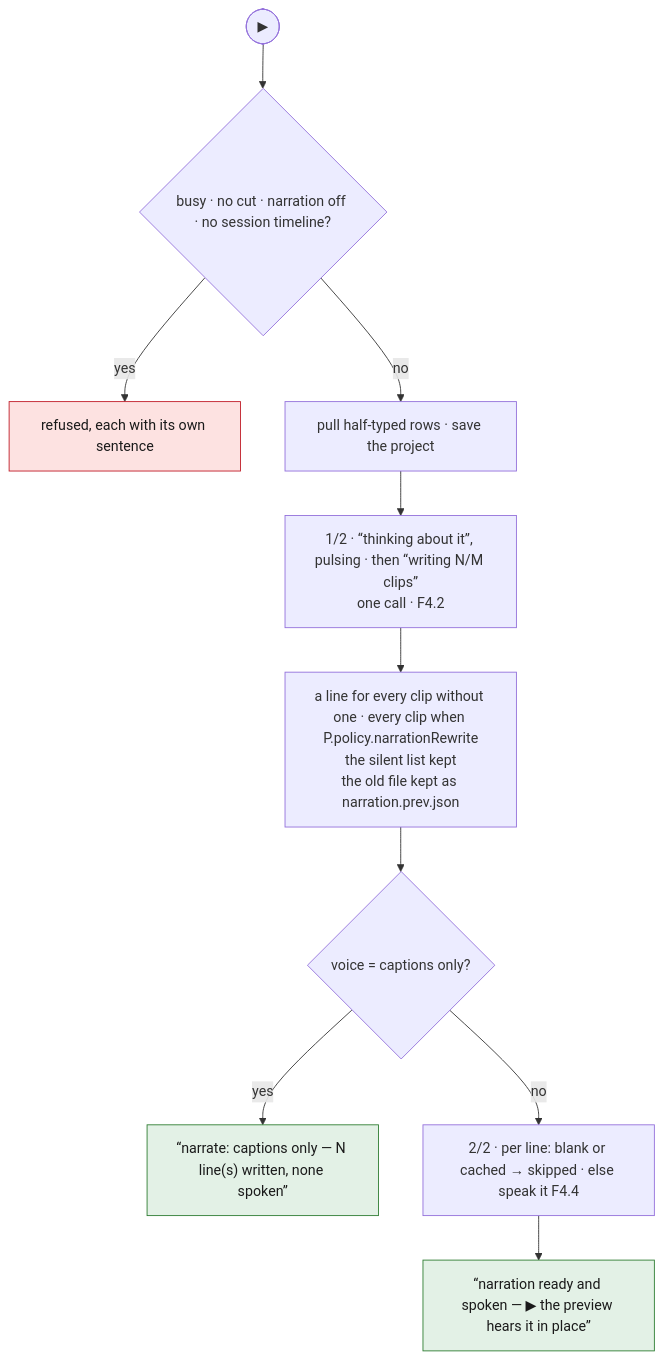
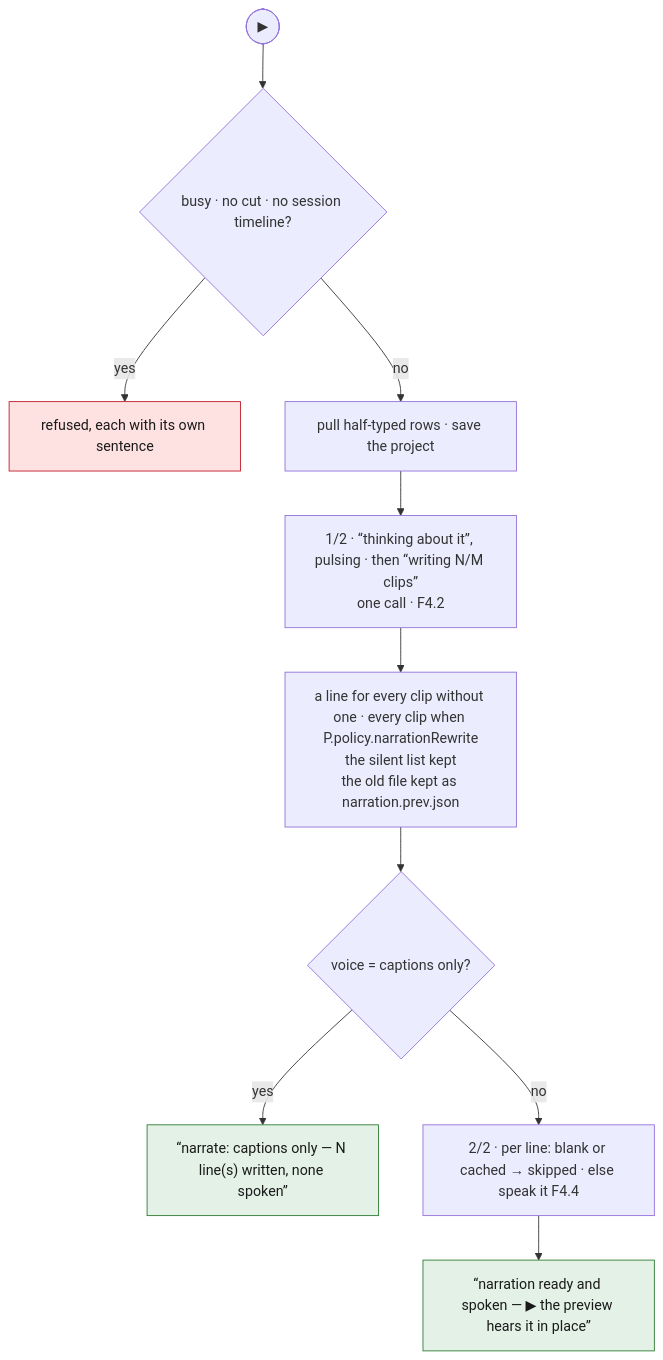
The first of 7 diagrams in spec/07-narrate.md (tbocek/naivepost), drawn with Mermaid before and after one commit. The commit also changed other lines of this file and 537 other files, not shown here.

````diff
--- a/spec/07-narrate.md
+++ b/spec/07-narrate.md
@@ -34,15 +36,15 @@
 ```mermaid
 flowchart TD
-  A(["▶"]) --> G{"busy · no cut · narration off · no session timeline?"}
+  A(["▶"]) --> G{"busy · no cut · no session timeline?"}
   G -- yes --> R["refused, each with its own sentence"]:::refuse
   G -- no --> P["pull half-typed rows · save the project"]
   P --> W["1/2 · “thinking about it”, pulsing · then “writing N/M clips”<br/>one call · F4.2"]
   W --> REP["a line for every clip without one · every clip when P.policy.narrationRewrite<br/>the silent list kept<br/>the old file kept as narration.prev.json"]
   REP --> CO{"voice = captions only?"}
   CO -- yes --> C["“narrate: captions only — N line(s) written, none spoken”"]:::done
   CO -- no --> S["2/2 · per line: blank or cached → skipped · else speak it F4.4"]
   S --> OK["“narration ready and spoken — ▶ the preview hears it in place”"]:::done
   classDef refuse fill:#fde2e1,stroke:#c01c28,color:#1a1a1a
   classDef done fill:#e3f1e6,stroke:#2e7d32,color:#1a1a1a
   classDef ask fill:#e8eefc,stroke:#3a63c8,color:#1a1a1a
 ```
````
